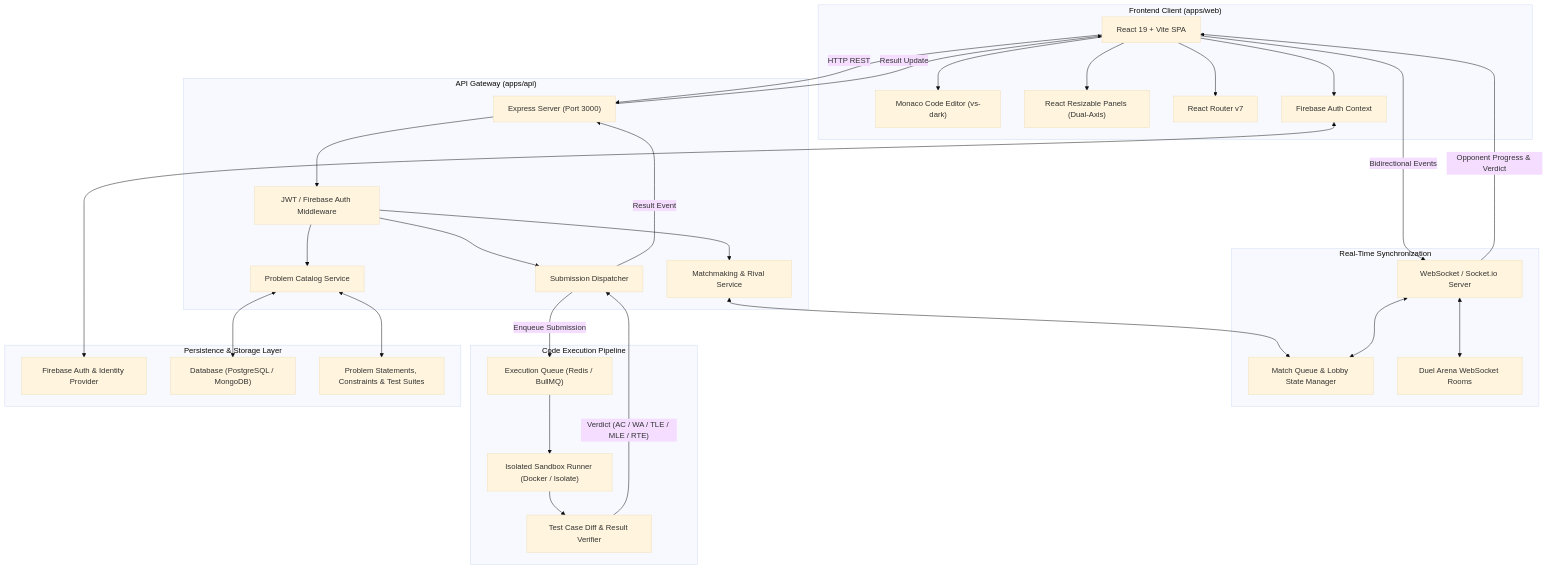
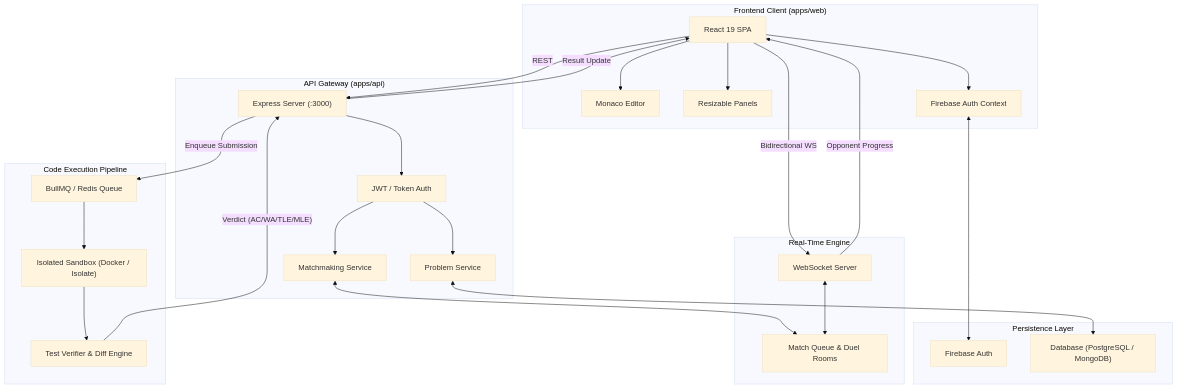
The first of 2 diagrams in design.md (Riad-Zz/BrackeT), drawn with Mermaid (base theme) before and after one commit. The commit also changed other lines of this file, not shown here.

````diff
--- a/design.md
+++ b/design.md
@@ -68,64 +27,54 @@
 ```mermaid
 flowchart TB
     subgraph Client["Frontend Client (apps/web)"]
-        UI["React 19 + Vite SPA"]
-        Monaco["Monaco Code Editor (vs-dark)"]
-        Panels["React Resizable Panels (Dual-Axis)"]
-        Router["React Router v7"]
+        UI["React 19 SPA"]
+        Monaco["Monaco Editor"]
+        Panels["Resizable Panels"]
         AuthCtx["Firebase Auth Context"]
     end
 
     subgraph Gateway["API Gateway (apps/api)"]
-        Express["Express Server (Port 3000)"]
-        AuthMiddleware["JWT / Firebase Auth Middleware"]
-        ProblemService["Problem Catalog Service"]
-        MatchService["Matchmaking & Rival Service"]
-        SubmissionService["Submission Dispatcher"]
+        Express["Express Server (:3000)"]
+        AuthMiddleware["JWT / Token Auth"]
+        ProblemService["Problem Service"]
+        MatchService["Matchmaking Service"]
     end
 
-    subgraph RealTime["Real-Time Synchronization"]
-        WS["WebSocket / Socket.io Server"]
-        Lobby["Match Queue & Lobby State Manager"]
-        Room["Duel Arena WebSocket Rooms"]
+    subgraph RealTime["Real-Time Engine"]
+        WS["WebSocket Server"]
+        Lobby["Match Queue & Duel Rooms"]
     end
 
     subgraph Judge["Code Execution Pipeline"]
-        Queue["Execution Queue (Redis / BullMQ)"]
-        Worker["Isolated Sandbox Runner (Docker / Isolate)"]
-        Verifier["Test Case Diff & Result Verifier"]
+        Queue["BullMQ / Redis Queue"]
+        Worker["Isolated Sandbox (Docker / Isolate)"]
+        Verifier["Test Verifier & Diff Engine"]
     end
 
-    subgraph Data["Persistence & Storage Layer"]
-        Firebase["Firebase Auth & Identity Provider"]
-        Database["Database (PostgreSQL / MongoDB)"]
-        ProblemsStore["Problem Statements, Constraints & Test Suites"]
+    subgraph Data["Persistence Layer"]
+        Firebase["Firebase Auth"]
+        DB["Database (PostgreSQL / MongoDB)"]
     end
 
-    UI --> Router
     UI --> Monaco
     UI --> Panels
     UI --> AuthCtx
     AuthCtx <--> Firebase
 
-    UI -- HTTP REST --> Express
-    UI -- Bidirectional Events --> WS
+    UI -- REST --> Express
+    UI -- Bidirectional WS --> WS
 
     Express --> AuthMiddleware
     AuthMiddleware --> ProblemService
     AuthMiddleware --> MatchService
-    AuthMiddleware --> SubmissionService
-
-    ProblemService <--> Database
-    ProblemService <--> ProblemsStore
+    ProblemService <--> DB
     MatchService <--> Lobby
     WS <--> Lobby
-    WS <--> Room
 
-    SubmissionService -- Enqueue Submission --> Queue
+    Express -- Enqueue Submission --> Queue
     Queue --> Worker
     Worker --> Verifier
-    Verifier -- Verdict (AC / WA / TLE / MLE / RTE) --> SubmissionService
-    SubmissionService -- Result Event --> Express
+    Verifier -- Verdict (AC/WA/TLE/MLE) --> Express
     Express -- Result Update --> UI
-    WS -- Opponent Progress & Verdict --> UI
+    WS -- Opponent Progress --> UI
 ```
````
